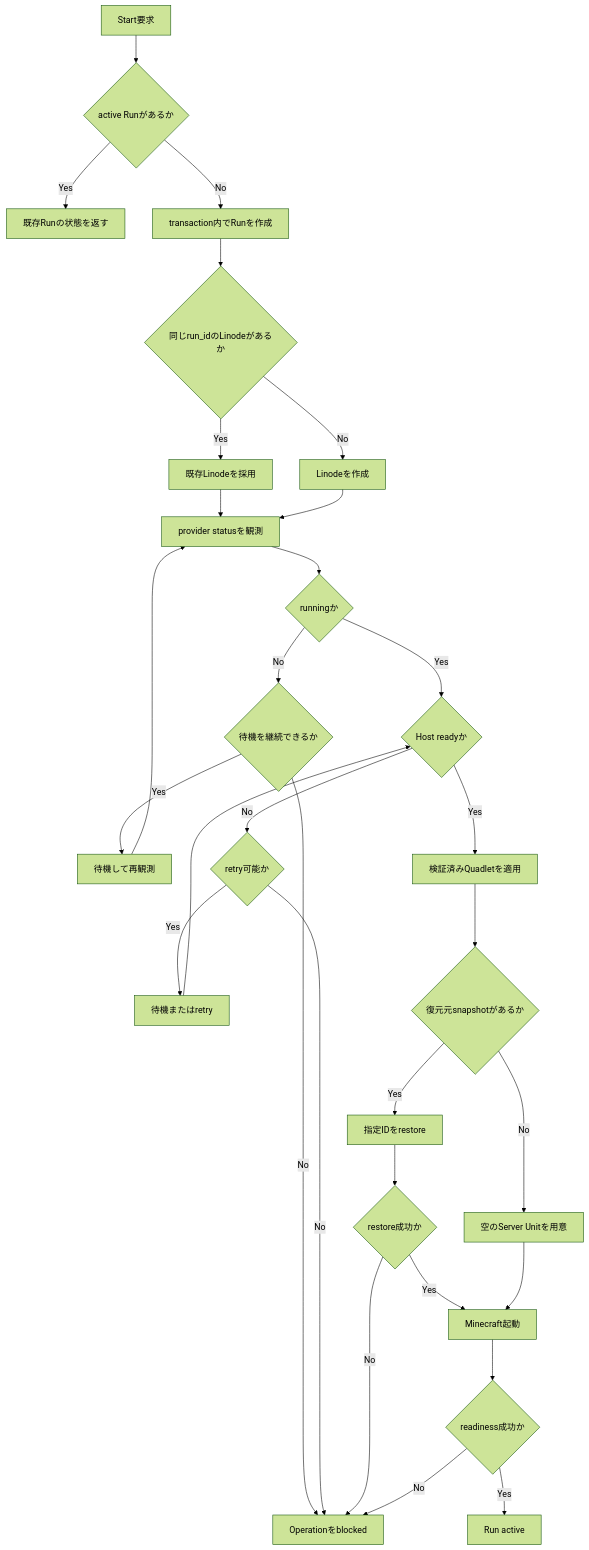
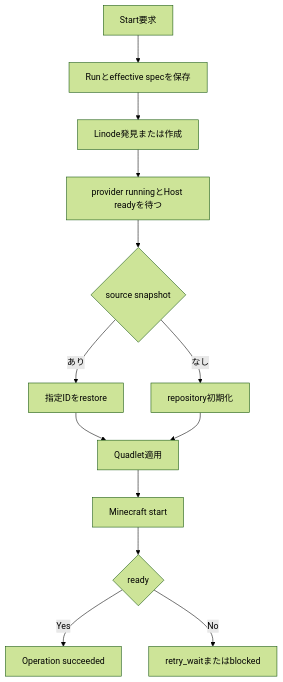
The seventh of 9 diagrams in docs/state-machines.md (barn0w1/mc-control-plane), drawn with Mermaid (forest theme) before and after one commit. The commit also changed other lines of this file and 7 other files, not shown here.

````diff
--- a/docs/state-machines.md
+++ b/docs/state-machines.md
@@ -227,32 +232,15 @@
 ```mermaid
 flowchart TD
-    A["Start要求"] --> B{"active Runがあるか"}
-    B -- Yes --> C["既存Runの状態を返す"]
-    B -- No --> D["transaction内でRunを作成"]
-    D --> E{"同じrun_idのLinodeがあるか"}
-    E -- Yes --> F["既存Linodeを採用"]
-    E -- No --> G["Linodeを作成"]
-    F --> H["provider statusを観測"]
+    A["Start要求"] --> B["Runとeffective specを保存"]
+    B --> C["Linode発見または作成"]
+    C --> D["provider runningとHost readyを待つ"]
+    D --> E{"source snapshot"}
+    E -- あり --> F["指定IDをrestore"]
+    E -- なし --> G["repository初期化"]
+    F --> H["Quadlet適用"]
     G --> H
-    H --> I{"runningか"}
-    I -- No --> J{"待機を継続できるか"}
-    J -- Yes --> U["待機して再観測"]
-    U --> H
-    J -- No --> Q["Operationをblocked"]
-    I -- Yes --> K{"Host readyか"}
-    K -- No --> L{"retry可能か"}
-    L -- Yes --> V["待機またはretry"]
-    V --> K
-    L -- No --> Q
-    K -- Yes --> W["検証済みQuadletを適用"]
-    W --> M{"復元元snapshotがあるか"}
-    M -- Yes --> N["指定IDをrestore"]
-    M -- No --> O["空のServer Unitを用意"]
-    N --> P{"restore成功か"}
-    P -- No --> Q
-    P -- Yes --> R["Minecraft起動"]
-    O --> R
-    R --> S{"readiness成功か"}
-    S -- No --> Q
-    S -- Yes --> T["Run active"]
+    H --> I["Minecraft start"]
+    I --> J{"ready"}
+    J -- Yes --> K["Operation succeeded"]
+    J -- No --> L["retry_waitまたはblocked"]
 ```
````
